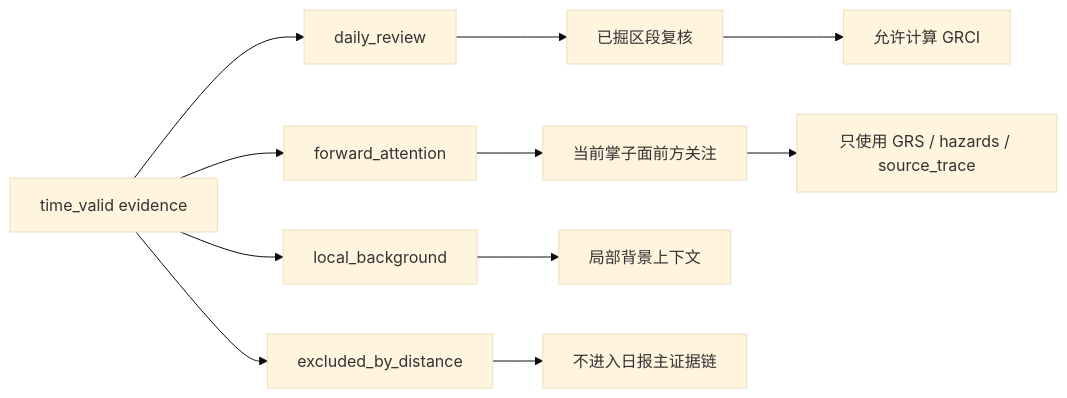
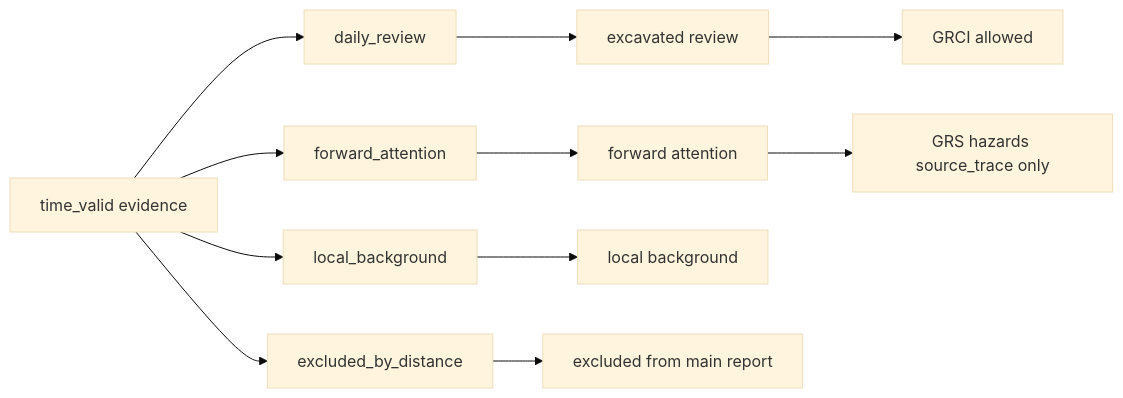
Before and after one commit to xiaodazhao/tbm-report: the second of 5 diagrams in backend/docs/system_architecture.md, drawn with Mermaid (base theme). The commit also changed other lines of this file and 1 other file, not shown here.

Commit message:
Fix GitHub Mermaid diagram rendering

````diff
--- a/backend/docs/system_architecture.md
+++ b/backend/docs/system_architecture.md
@@ -67,16 +67,16 @@
 ```mermaid
 flowchart LR
     A[time_valid evidence] --> B[daily_review]
     A --> C[forward_attention]
     A --> D[local_background]
     A --> E[excluded_by_distance]
 
-    B --> F[已掘区段复核]
-    F --> G[允许计算 GRCI]
+    B --> F[excavated review]
+    F --> G[GRCI allowed]
 
-    C --> H[当前掌子面前方关注]
-    H --> I[只使用 GRS / hazards / source_trace]
+    C --> H[forward attention]
+    H --> I[GRS hazards source_trace only]
 
-    D --> J[局部背景上下文]
-    E --> K[不进入日报主证据链]
+    D --> J[local background]
+    E --> K[excluded from main report]
 ```
````
